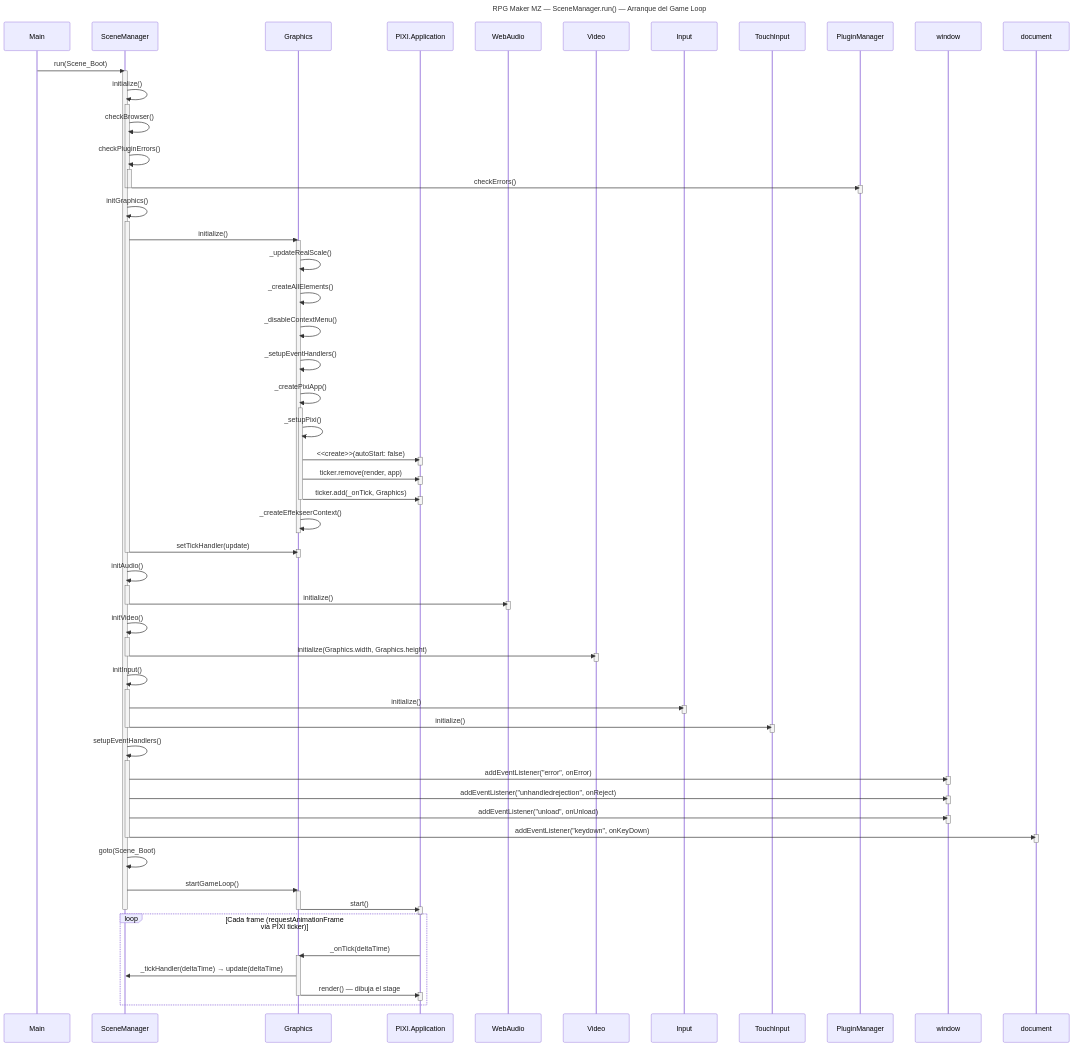
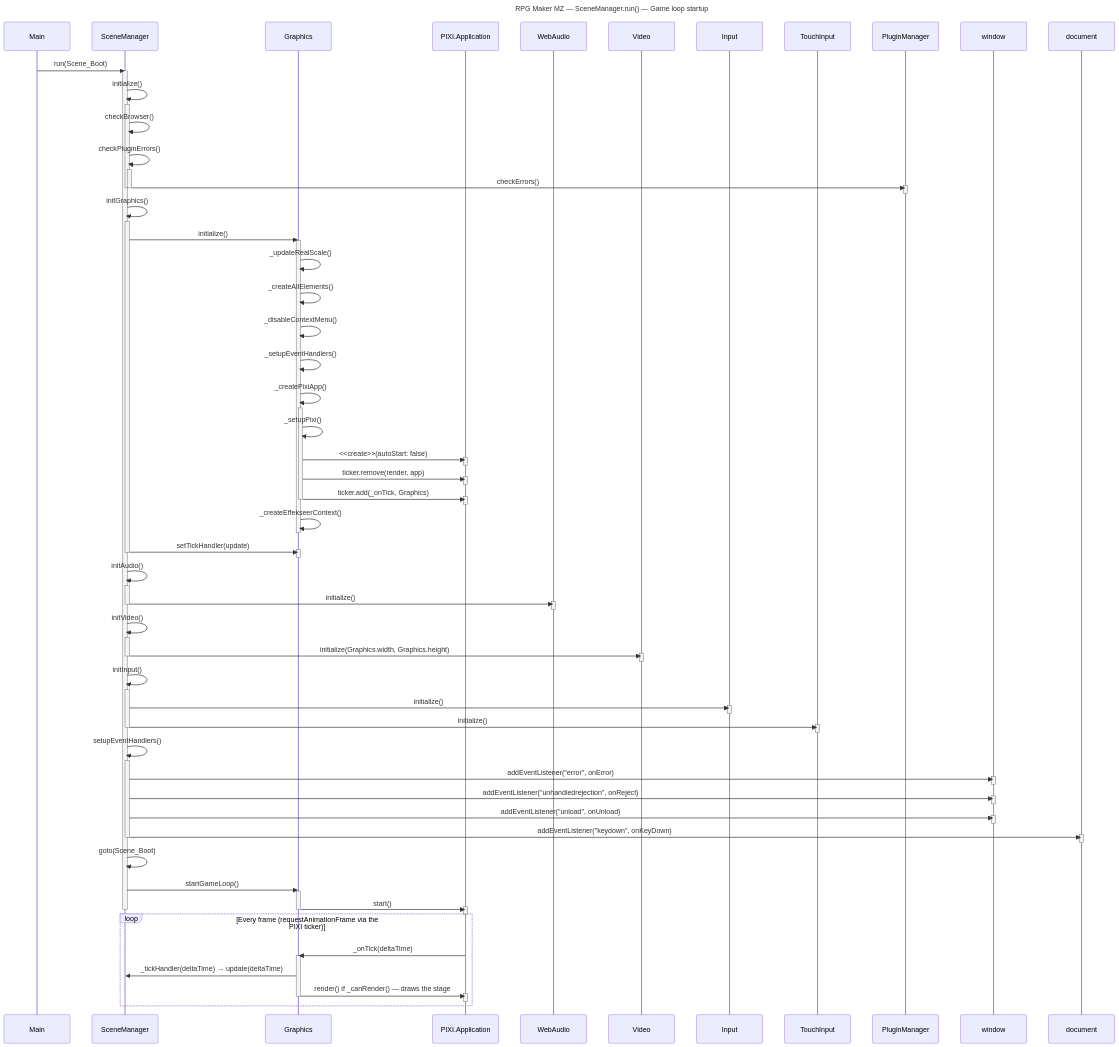
Before and after one commit to Cri-ParraC/rmmz-mermaid-diagrams: the diagram in sequence-diagrams/scenemanager-run.mmd, drawn with Mermaid. The commit also changed 68 other files, not shown here.

First line of the commit message:
Add sequence diagrams, event command reference and class overviews (#1)

```diff
--- a/sequence-diagrams/scenemanager-run.mmd
+++ b/sequence-diagrams/scenemanager-run.mmd
@@ -1,114 +1,114 @@
 sequenceDiagram
-    title RPG Maker MZ — SceneManager.run() — Arranque del Game Loop
+    title RPG Maker MZ — SceneManager.run() — Game loop startup
 
     participant Main
     participant SceneManager
     participant Graphics
     participant PIXIApp as PIXI.Application
     participant WebAudio
     participant Video
     participant Input
     participant TouchInput
     participant PluginManager
     participant Window as window
     participant Document as document
 
     Main->>SceneManager: run(Scene_Boot)
 
     activate SceneManager
 
     SceneManager->>SceneManager: initialize()
     activate SceneManager
     SceneManager->>SceneManager: checkBrowser()
     SceneManager->>SceneManager: checkPluginErrors()
     activate SceneManager
     SceneManager->>PluginManager: checkErrors()
     activate PluginManager
     deactivate PluginManager
     deactivate SceneManager
     deactivate SceneManager
     SceneManager->>SceneManager: initGraphics()
     activate SceneManager
     SceneManager->>Graphics: initialize()
     activate Graphics
     Graphics->>Graphics: _updateRealScale()
     Graphics->>Graphics: _createAllElements()
     Graphics->>Graphics: _disableContextMenu()
     Graphics->>Graphics: _setupEventHandlers()
     Graphics->>Graphics: _createPixiApp()
     activate Graphics
     Graphics->>Graphics: _setupPixi()
     Graphics->>PIXIApp: <<create>>(autoStart: false)
     activate PIXIApp
     deactivate PIXIApp
     Graphics->>PIXIApp: ticker.remove(render, app)
     activate PIXIApp
     deactivate PIXIApp
     Graphics->>PIXIApp: ticker.add(_onTick, Graphics)
     activate PIXIApp
     deactivate PIXIApp
     deactivate Graphics
     Graphics->>Graphics: _createEffekseerContext()
     deactivate Graphics
     SceneManager->>Graphics: setTickHandler(update)
     activate Graphics
     deactivate Graphics
     deactivate SceneManager
 
     SceneManager->>SceneManager: initAudio()
     activate SceneManager
     SceneManager->>WebAudio: initialize()
     activate WebAudio
     deactivate WebAudio
     deactivate SceneManager
     SceneManager->>SceneManager: initVideo()
     activate SceneManager
     SceneManager->>Video: initialize(Graphics.width, Graphics.height)
     activate Video
     deactivate Video
     deactivate SceneManager
     SceneManager->>SceneManager: initInput()
     activate SceneManager
     SceneManager->>Input: initialize()
     activate Input
     deactivate Input
     SceneManager->>TouchInput: initialize()
     activate TouchInput
     deactivate TouchInput
     deactivate SceneManager
     SceneManager->>SceneManager: setupEventHandlers()
     activate SceneManager
     SceneManager->>Window: addEventListener("error", onError)
     activate Window
     deactivate Window
     SceneManager->>Window: addEventListener("unhandledrejection", onReject)
     activate Window
     deactivate Window
     SceneManager->>Window: addEventListener("unload", onUnload)
     activate Window
     deactivate Window
     SceneManager->>Document: addEventListener("keydown", onKeyDown)
     activate Document
     deactivate Document
     deactivate SceneManager
 
     SceneManager->>SceneManager: goto(Scene_Boot)
 
     SceneManager->>Graphics: startGameLoop()
     activate Graphics
     Graphics->>PIXIApp: start()
     activate PIXIApp
     deactivate PIXIApp
     deactivate Graphics
 
     deactivate SceneManager
 
-    loop Cada frame (requestAnimationFrame vía PIXI ticker)
+    loop Every frame (requestAnimationFrame via the PIXI ticker)
         PIXIApp->>Graphics: _onTick(deltaTime)
         activate Graphics
         Graphics->>SceneManager: _tickHandler(deltaTime) → update(deltaTime)
-        Graphics->>PIXIApp: render() — dibuja el stage
+        Graphics->>PIXIApp: render() if _canRender() — draws the stage
         activate PIXIApp
         deactivate PIXIApp
         deactivate Graphics
     end
```
